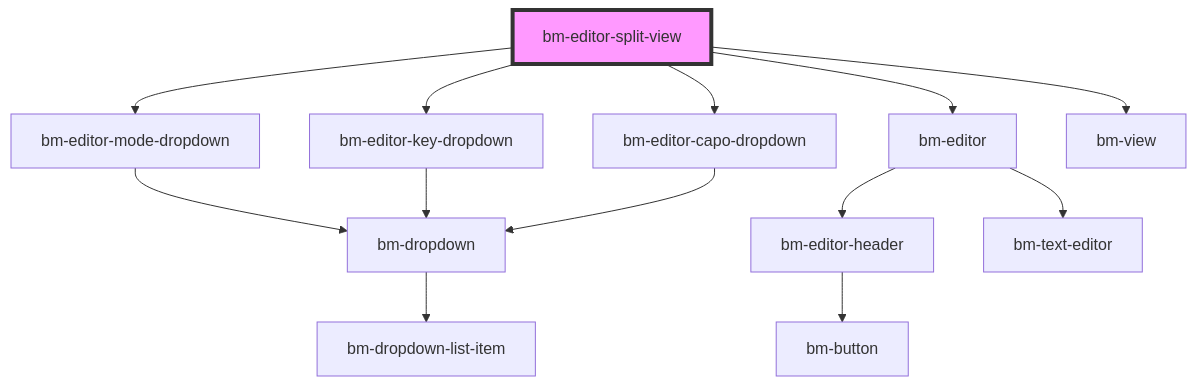
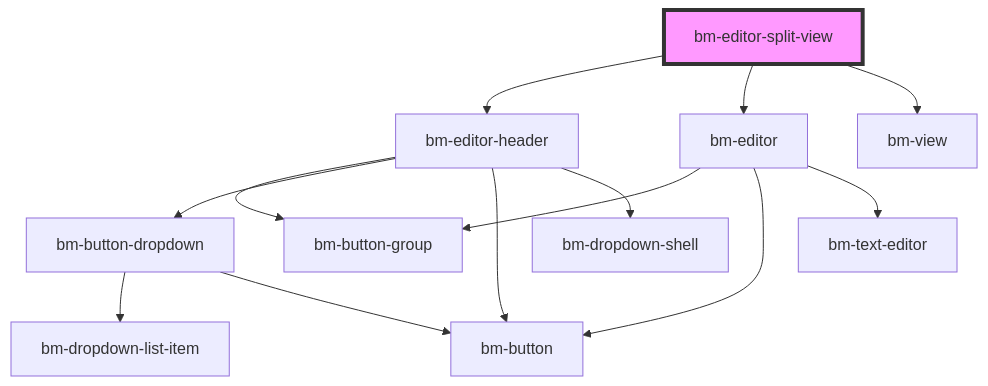
One commit to bettermusic/studio changed the diagram in packages/studio/src/components/editor/editor-split-view/readme.md. Above: the diagram before and after it, drawn with Mermaid. The commit also changed other lines of this file and 170 other files, not shown here.

````diff
--- a/packages/studio/src/components/editor/editor-split-view/readme.md
+++ b/packages/studio/src/components/editor/editor-split-view/readme.md
@@ -19,16 +17,16 @@
 ```mermaid
 graph TD;
-  bm-editor-split-view --> bm-editor-mode-dropdown
-  bm-editor-split-view --> bm-editor-key-dropdown
-  bm-editor-split-view --> bm-editor-capo-dropdown
+  bm-editor-split-view --> bm-editor-header
   bm-editor-split-view --> bm-editor
   bm-editor-split-view --> bm-view
-  bm-editor-mode-dropdown --> bm-dropdown
-  bm-dropdown --> bm-dropdown-list-item
-  bm-editor-key-dropdown --> bm-dropdown
-  bm-editor-capo-dropdown --> bm-dropdown
-  bm-editor --> bm-editor-header
+  bm-editor-header --> bm-button-group
+  bm-editor-header --> bm-button-dropdown
+  bm-editor-header --> bm-button
+  bm-editor-header --> bm-dropdown-shell
+  bm-button-dropdown --> bm-dropdown-list-item
+  bm-button-dropdown --> bm-button
+  bm-editor --> bm-button-group
+  bm-editor --> bm-button
   bm-editor --> bm-text-editor
-  bm-editor-header --> bm-button
   style bm-editor-split-view fill:#f9f,stroke:#333,stroke-width:4px
 ```
````
